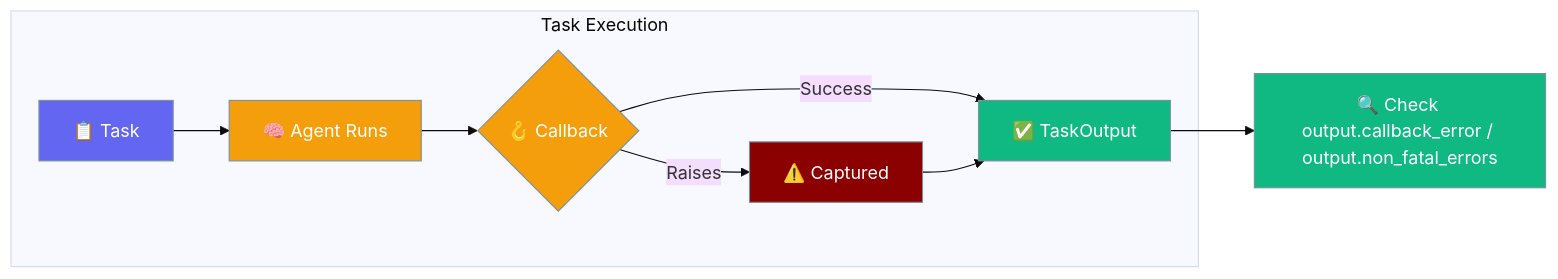
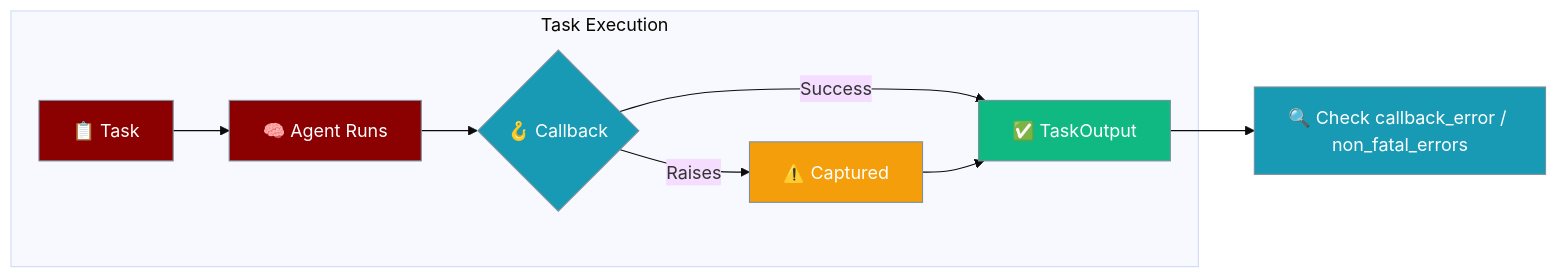
Before and after one commit to MervinPraison/PraisonAIDocs: the first of 3 diagrams in docs/features/non-fatal-errors.mdx, drawn with Mermaid (base theme). The commit also changed other lines of this file and 4 other files, not shown here.

````diff
--- a/docs/features/non-fatal-errors.mdx
+++ b/docs/features/non-fatal-errors.mdx
@@ -14,21 +14,21 @@
 ```mermaid
 graph LR
     subgraph "Task Execution"
         Task[📋 Task] --> Run[🧠 Agent Runs]
         Run --> CB{🪝 Callback}
         CB -->|Success| OK[✅ TaskOutput]
         CB -->|Raises| Capture[⚠️ Captured]
         Capture --> OK
     end
 
-    OK --> Check[🔍 Check output.callback_error / output.non_fatal_errors]
+    OK --> Check[🔍 Check callback_error / non_fatal_errors]
 
-    classDef input fill:#6366F1,stroke:#7C90A0,color:#fff
-    classDef process fill:#F59E0B,stroke:#7C90A0,color:#fff
+    classDef agent fill:#8B0000,stroke:#7C90A0,color:#fff
+    classDef process fill:#189AB4,stroke:#7C90A0,color:#fff
     classDef output fill:#10B981,stroke:#7C90A0,color:#fff
-    classDef error fill:#8B0000,stroke:#7C90A0,color:#fff
-    class Task input
-    class Run,CB process
-    class OK,Check output
+    classDef error fill:#F59E0B,stroke:#7C90A0,color:#fff
+    class Task,Run agent
+    class CB,Check process
+    class OK output
     class Capture error
 ```
````
